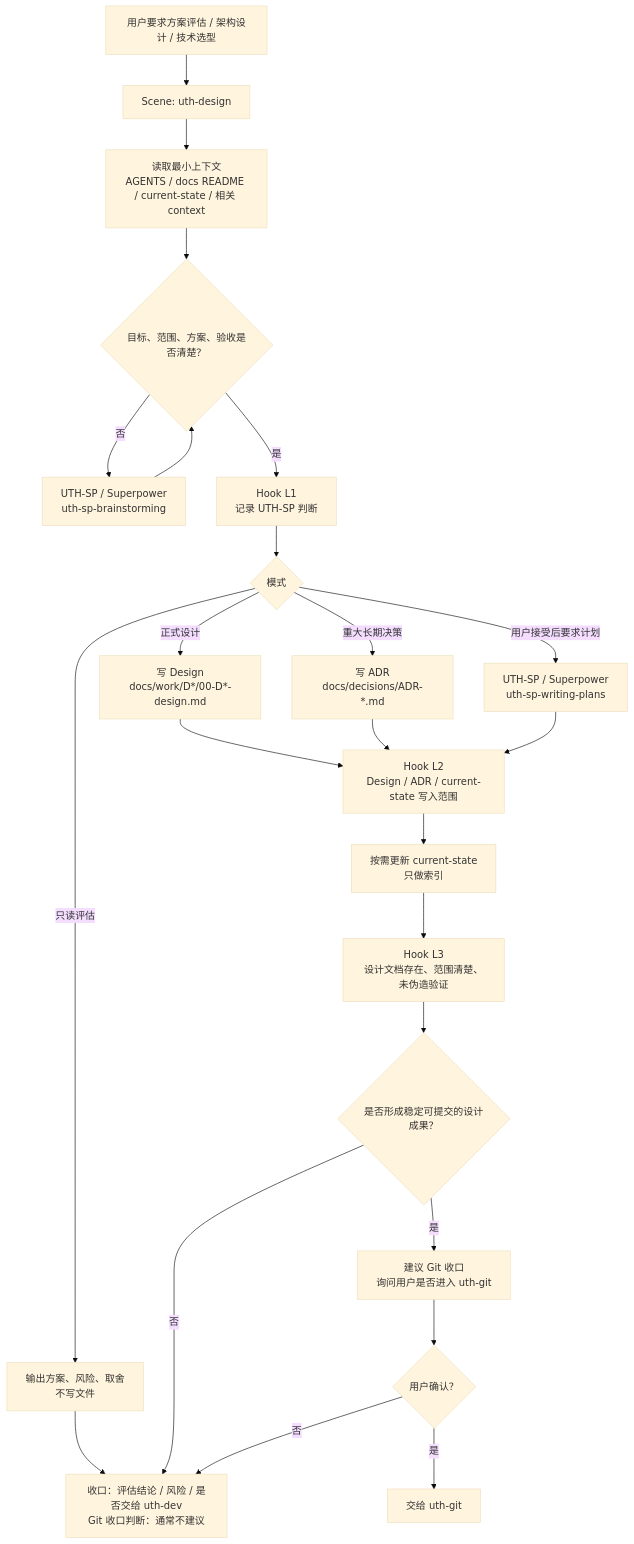
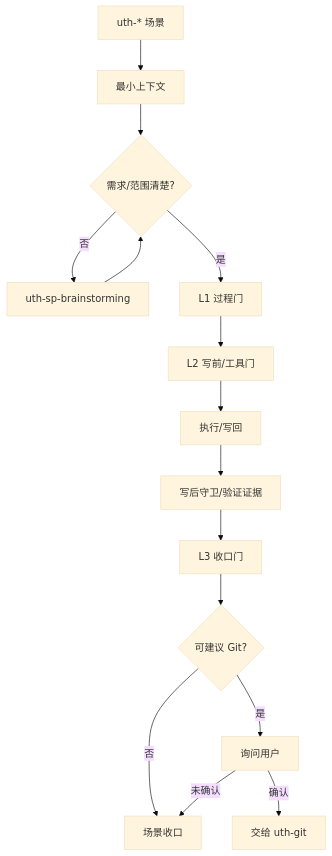
One commit to undertaker33/uth-governance changed the third of 7 diagrams in docs/FLOW_全链路流程图.md. Above: the diagram before and after it, drawn with Mermaid (base theme). The commit also changed other lines of this file and 3 other files, not shown here.

````diff
--- a/docs/FLOW_全链路流程图.md
+++ b/docs/FLOW_全链路流程图.md
@@ -125,28 +46,17 @@
 ```mermaid
 flowchart TD
-    A["用户要求方案评估 / 架构设计 / 技术选型"] --> B["Scene: uth-design"]
-    B --> C["读取最小上下文<br/>AGENTS / docs README / current-state / 相关 context"]
-    C --> D{"目标、范围、方案、验收是否清楚？"}
-    D -- "否" --> E["UTH-SP / Superpower<br/>uth-sp-brainstorming"]
-    E --> D
-    D -- "是" --> F["Hook L1<br/>记录 UTH-SP 判断"]
-
-    F --> G{"模式"}
-    G -- "只读评估" --> H["输出方案、风险、取舍<br/>不写文件"]
-    G -- "正式设计" --> I["写 Design<br/>docs/work/D*/00-D*-design.md"]
-    G -- "重大长期决策" --> J["写 ADR<br/>docs/decisions/ADR-*.md"]
-    G -- "用户接受后要求计划" --> K["UTH-SP / Superpower<br/>uth-sp-writing-plans"]
-
-    I --> L["Hook L2<br/>Design / ADR / current-state 写入范围"]
-    J --> L
-    K --> L
-    L --> M["按需更新 current-state<br/>只做索引"]
-    M --> N["Hook L3<br/>设计文档存在、范围清楚、未伪造验证"]
-    H --> O["收口：评估结论 / 风险 / 是否交给 uth-dev<br/>Git 收口判断：通常不建议"]
-    N --> P{"是否形成稳定可提交的设计成果？"}
-    P -- "是" --> Q["建议 Git 收口<br/>询问用户是否进入 uth-git"]
-    P -- "否" --> O
-    Q --> R{"用户确认？"}
-    R -- "是" --> S["交给 uth-git"]
-    R -- "否" --> O
+    A["uth-* 场景"] --> B["最小上下文"]
+    B --> C{"需求/范围清楚?"}
+    C -- "否" --> D["uth-sp-brainstorming"]
+    D --> C
+    C -- "是" --> E["L1 过程门"]
+    E --> F["L2 写前/工具门"]
+    F --> G["执行/写回"]
+    G --> H["写后守卫/验证证据"]
+    H --> I["L3 收口门"]
+    I --> J{"可建议 Git?"}
+    J -- "否" --> K["场景收口"]
+    J -- "是" --> L["询问用户"]
+    L -- "未确认" --> K
+    L -- "确认" --> M["交给 uth-git"]
 ```
````
